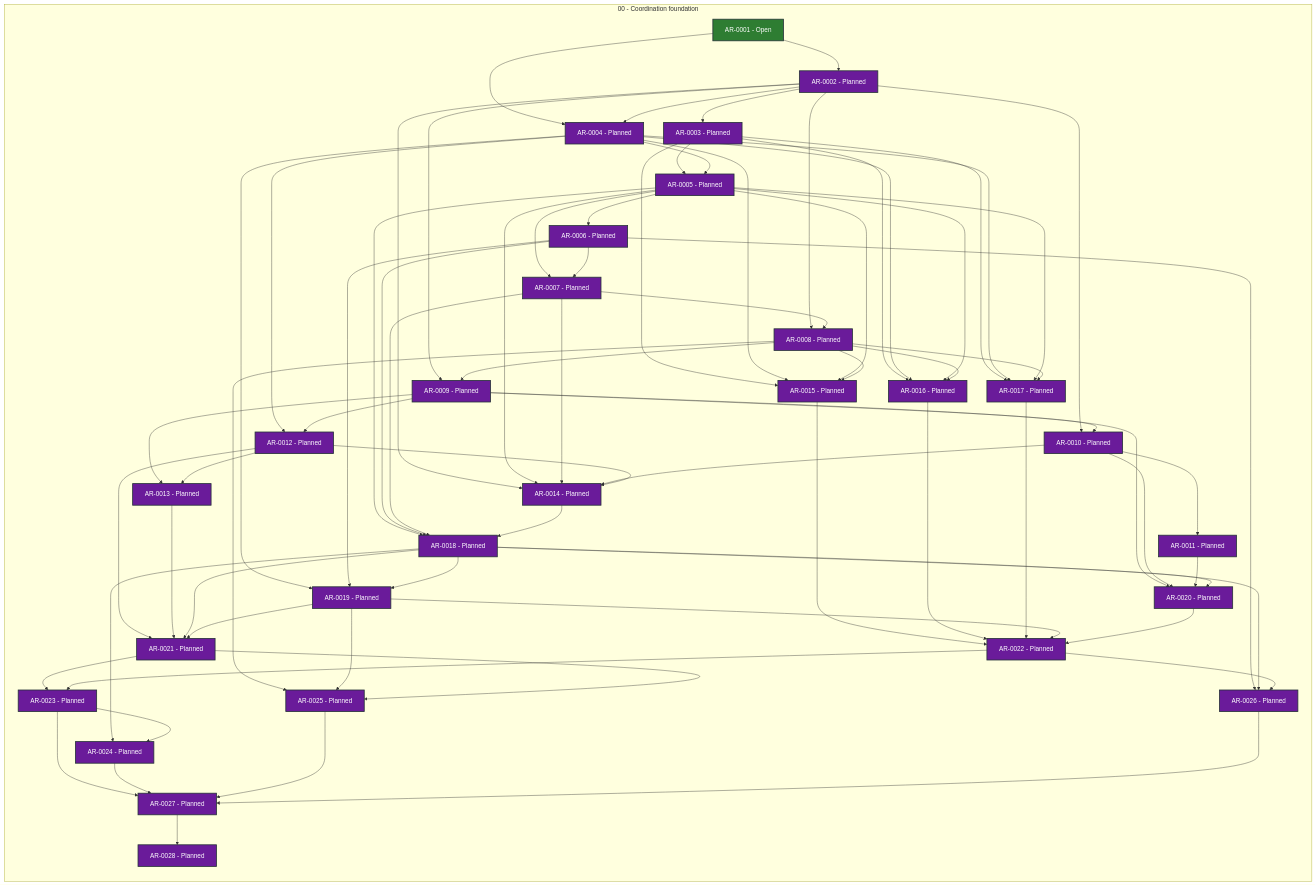
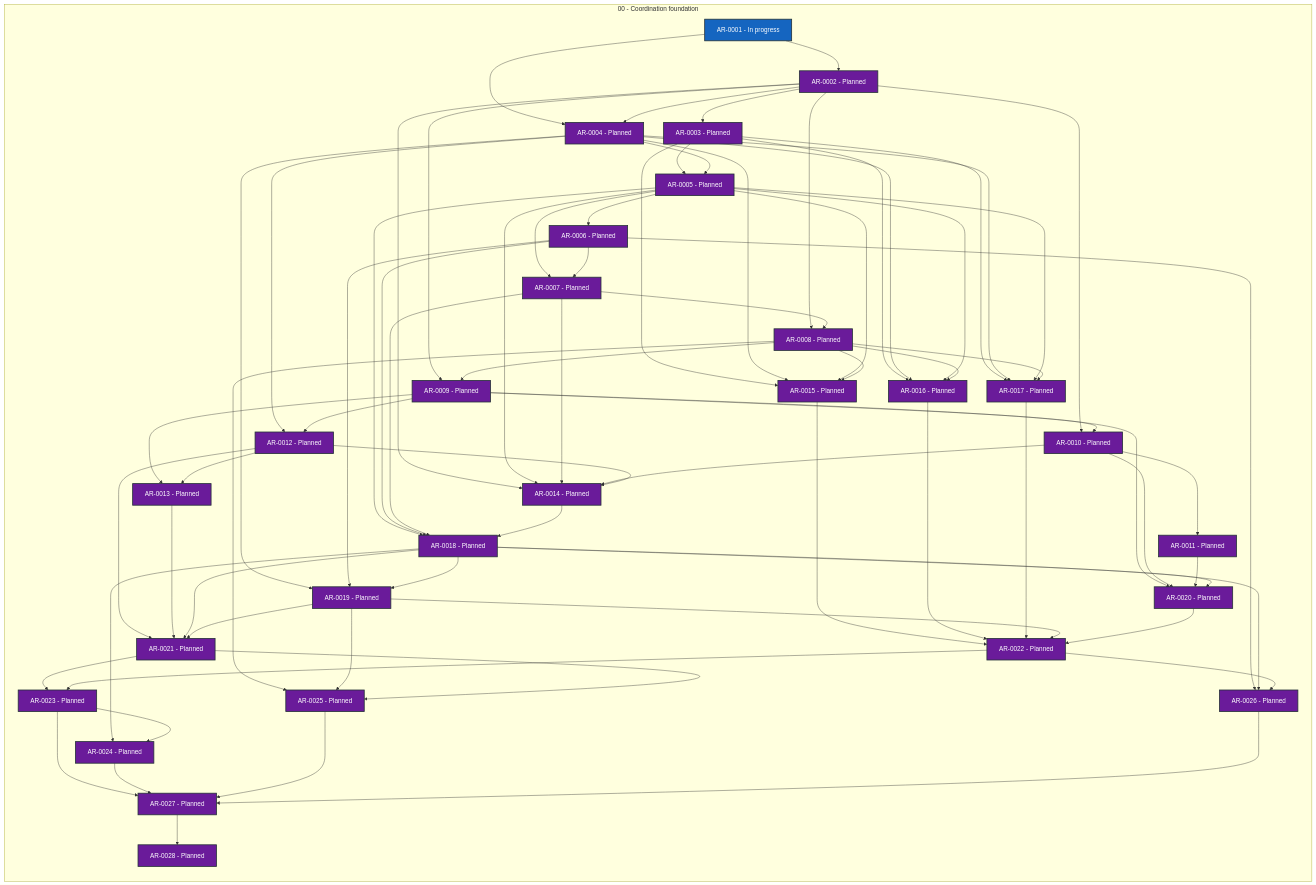
One commit to martin-beck/agent-workflow-runtime-state changed the diagram in STATUS.md. Above: the diagram before and after it, drawn with Mermaid. The commit also changed other lines of this file and 2 other files, not shown here.

```diff
--- a/STATUS.md
+++ b/STATUS.md
@@ -28,7 +28,7 @@
 flowchart LR
     subgraph series_00["00 - Coordination foundation"]
         direction TB
-        AR_0001["AR-0001 - Open"]:::status_open
+        AR_0001["AR-0001 - In progress"]:::status_in_progress
         AR_0002["AR-0002 - Planned"]:::status_planned
         AR_0003["AR-0003 - Planned"]:::status_planned
         AR_0004["AR-0004 - Planned"]:::status_planned
```
